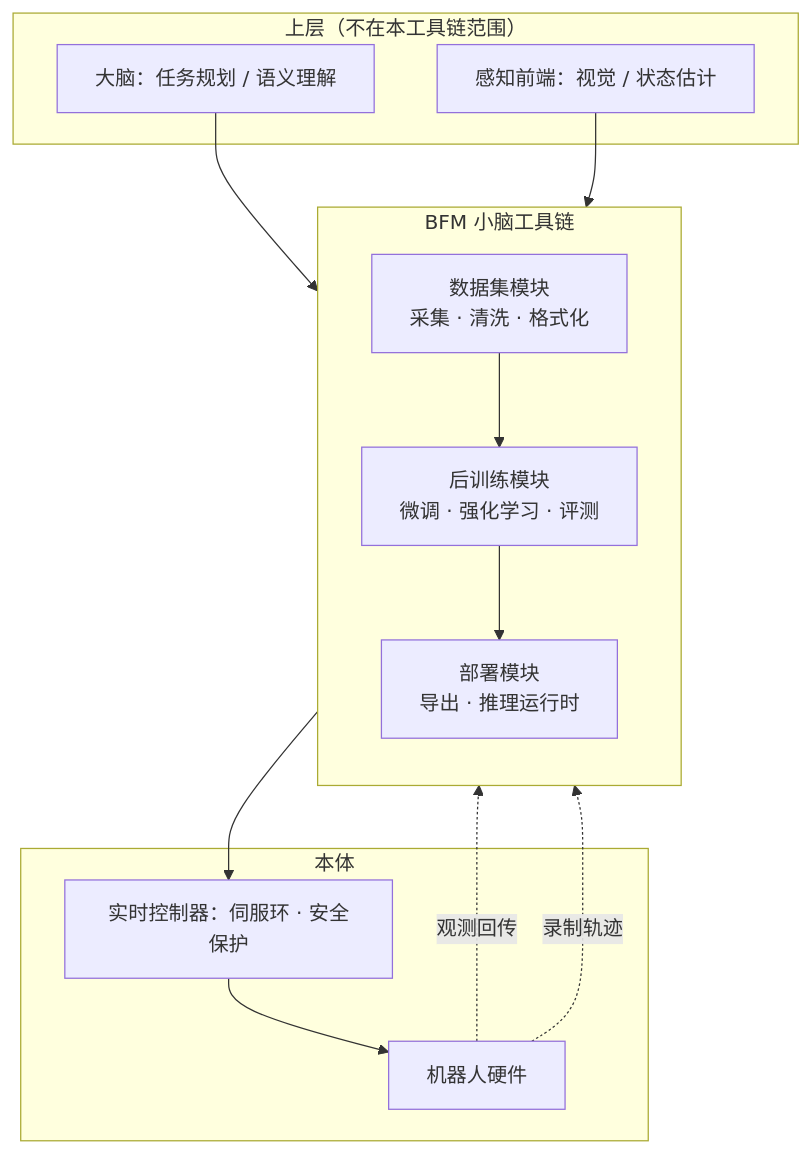
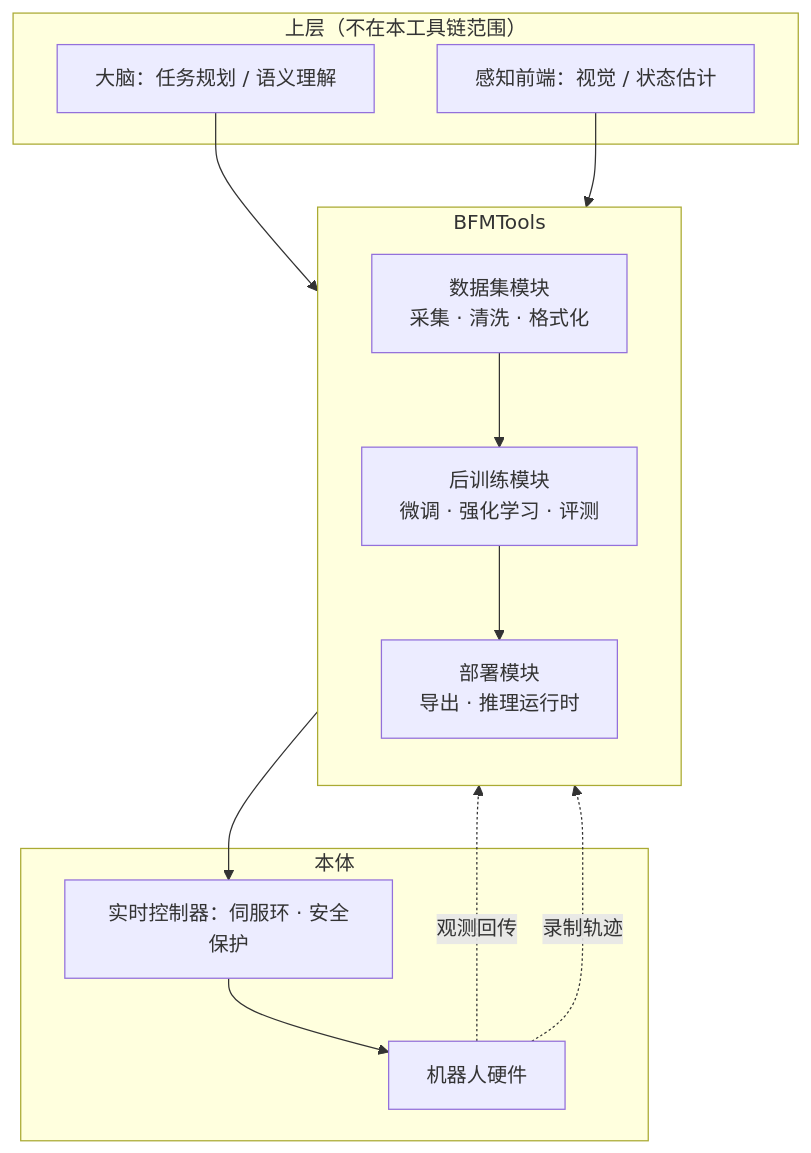
Before and after one commit to Peace1997/bfm-toolchain: the first of 2 diagrams in docs/overview/architecture.mdx, drawn with Mermaid. The commit also changed 8 other files, not shown here.

````diff
--- a/docs/overview/architecture.mdx
+++ b/docs/overview/architecture.mdx
@@ -21,27 +21,27 @@
 ```mermaid
 flowchart TB
     subgraph L1["上层（不在本工具链范围）"]
         BRAIN["大脑：任务规划 / 语义理解"]
         PERC["感知前端：视觉 / 状态估计"]
     end
 
-    subgraph L2["BFM 小脑工具链"]
+    subgraph L2["BFMTools"]
         direction TB
         DATA["数据集模块<br/>采集 · 清洗 · 格式化"]
         TRAIN["后训练模块<br/>微调 · 强化学习 · 评测"]
         DEPLOY["部署模块<br/>导出 · 推理运行时"]
         DATA --> TRAIN --> DEPLOY
     end
 
     subgraph L3["本体"]
         CTRL["实时控制器：伺服环 · 安全保护"]
         HW["机器人硬件"]
         CTRL --> HW
     end
 
     BRAIN --> DEPLOY
     PERC --> DEPLOY
     DEPLOY --> CTRL
     HW -. "观测回传" .-> DEPLOY
     HW -. "录制轨迹" .-> DATA
 ```
````
